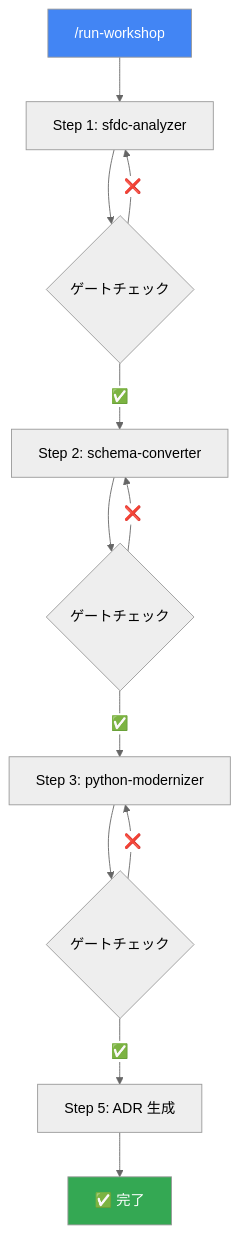
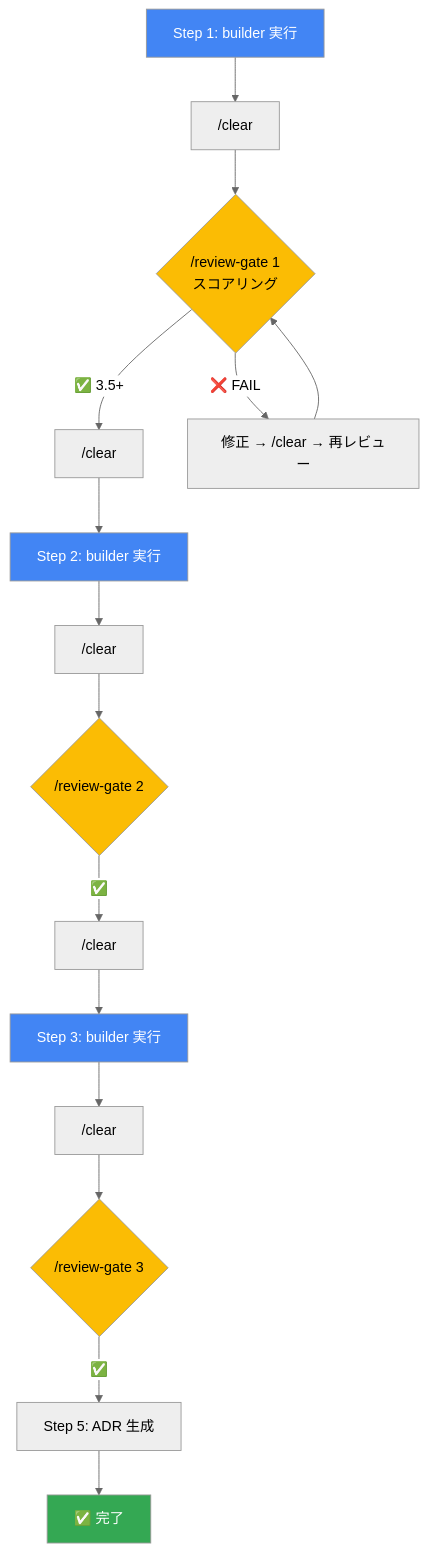
Before and after one commit to tyorikan/migration-with-ai: the fifth of 5 diagrams in workshop-real/examples/HANDSON.md, drawn with Mermaid (neutral theme). The commit also changed other lines of this file and 9 other files, not shown here.

````diff
--- a/workshop-real/examples/HANDSON.md
+++ b/workshop-real/examples/HANDSON.md
@@ -586,18 +670,25 @@
 ```mermaid
 flowchart TD
-    RW["/run-workshop"]
-    S1["Step 1: sfdc-analyzer"] --> G1{"ゲートチェック"}
-    G1 -->|"✅"| S2["Step 2: schema-converter"]
-    G1 -->|"❌"| S1
-    S2 --> G2{"ゲートチェック"}
-    G2 -->|"✅"| S3["Step 3: python-modernizer"]
-    G2 -->|"❌"| S2
-    S3 --> G3{"ゲートチェック"}
+    S1["Step 1: builder 実行"] --> CL1["/clear"]
+    CL1 --> G1{"/review-gate 1\nスコアリング"}
+    G1 -->|"✅ 3.5+"| CL2["/clear"]
+    G1 -->|"❌ FAIL"| FIX1["修正 → /clear → 再レビュー"]
+    FIX1 --> G1
+    CL2 --> S2["Step 2: builder 実行"]
+    S2 --> CL3["/clear"]
+    CL3 --> G2{"/review-gate 2"}
+    G2 -->|"✅"| CL4["/clear"]
+    CL4 --> S3["Step 3: builder 実行"]
+    S3 --> CL5["/clear"]
+    CL5 --> G3{"/review-gate 3"}
     G3 -->|"✅"| S5["Step 5: ADR 生成"]
-    G3 -->|"❌"| S3
     S5 --> DONE["✅ 完了"]
 
-    RW --> S1
-    style RW fill:#4285F4,color:#fff
+    style S1 fill:#4285F4,color:#fff
+    style S2 fill:#4285F4,color:#fff
+    style S3 fill:#4285F4,color:#fff
     style DONE fill:#34A853,color:#fff
+    style G1 fill:#FBBC04,color:#000
+    style G2 fill:#FBBC04,color:#000
+    style G3 fill:#FBBC04,color:#000
 ```
````
